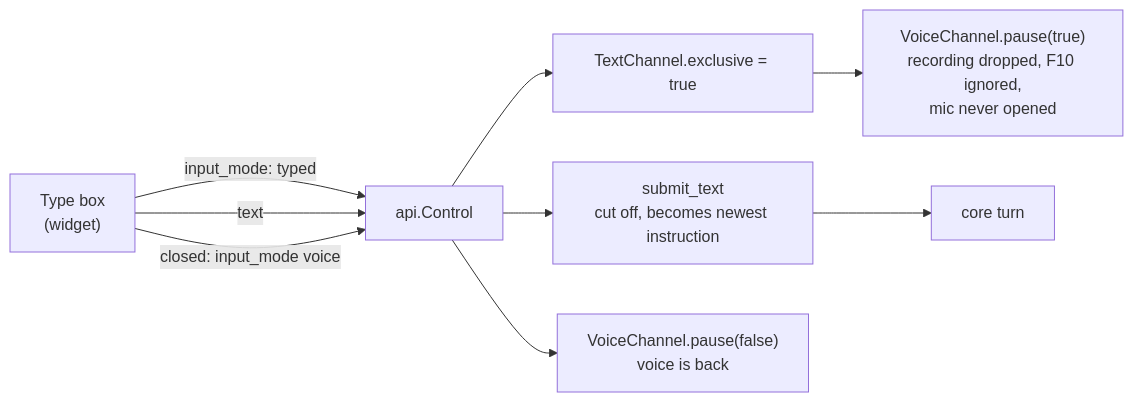
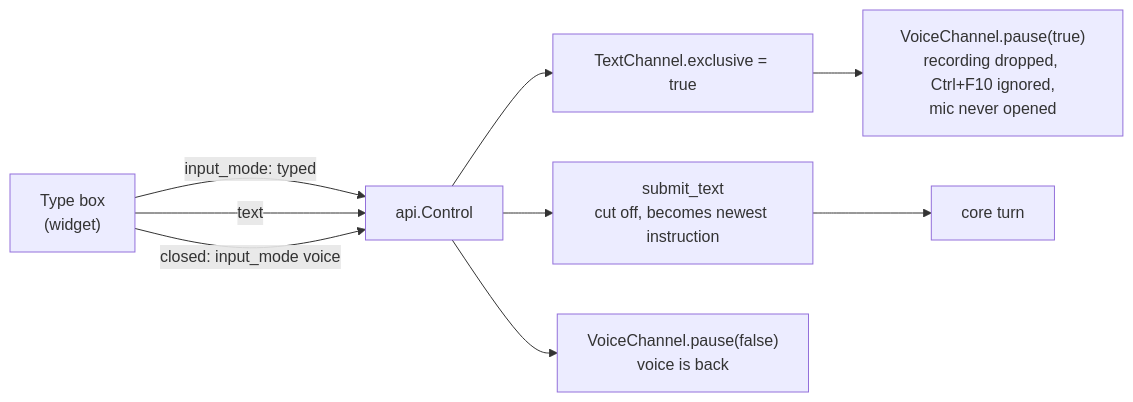
Before and after one commit to siddh30/prometheus-voice-control: the fourth of 16 diagrams in DESIGN.md, drawn with Mermaid. The commit also changed other lines of this file and 21 other files, not shown here.

````diff
--- a/DESIGN.md
+++ b/DESIGN.md
@@ -257,11 +257,11 @@
 ```mermaid
 flowchart LR
     BOX["Type box<br/>(widget)"] -- "input_mode: typed" --> CTRL["api.Control"]
     CTRL --> EXCL["TextChannel.exclusive = true"]
-    EXCL --> PAUSE["VoiceChannel.pause(true)<br/>recording dropped, F10 ignored,<br/>mic never opened"]
+    EXCL --> PAUSE["VoiceChannel.pause(true)<br/>recording dropped, Ctrl+F10 ignored,<br/>mic never opened"]
     BOX -- "text" --> CTRL
     CTRL --> SUBMIT["submit_text<br/>cut off, becomes newest instruction"]
     SUBMIT --> CORE["core turn"]
     BOX -- "closed: input_mode voice" --> CTRL
     CTRL --> RESUME["VoiceChannel.pause(false)<br/>voice is back"]
 ```
````
